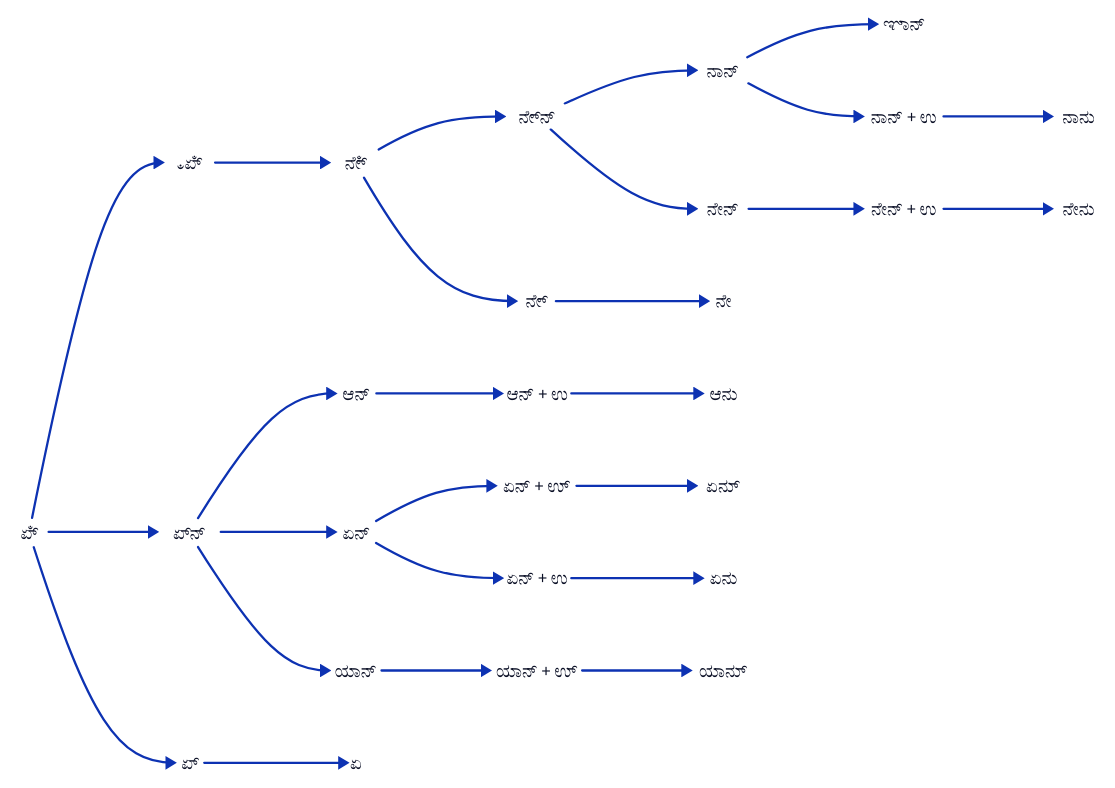
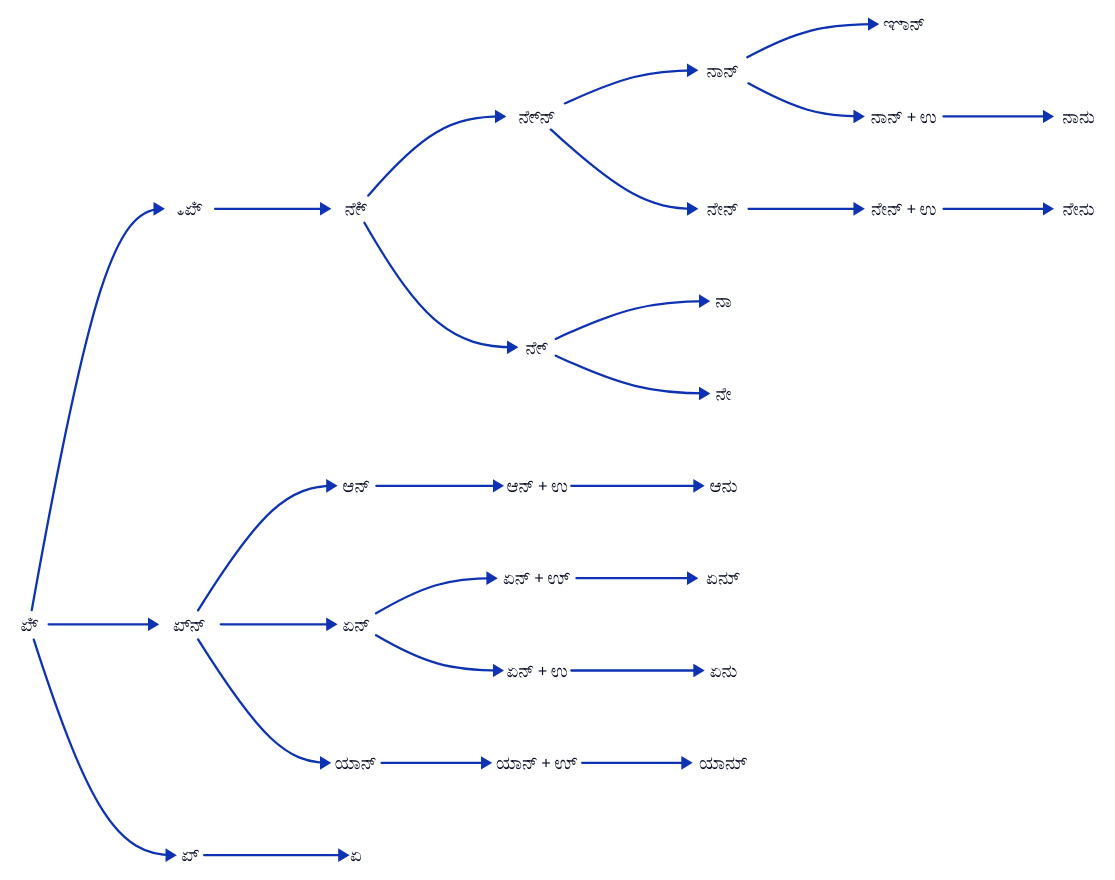
The diagram in images/d2/ಉತ್ತಮಪುರುಷ.d2 (amshuman-kr/kannadada-bhakti), drawn with D2 before and after one commit. The commit also changed 5 other files, not shown here.

```diff
--- a/images/d2/ಉತ್ತಮಪುರುಷ.d2
+++ b/images/d2/ಉತ್ತಮಪುರುಷ.d2
@@ -1,64 +1,66 @@
 # ! d2 ಉತ್ತಮಪುರುಷ.d2 ../png/ಉತ್ತಮಪುರುಷ.png
 
 direction: right
 
 classes: {
   text: {shape: text}
 }
 
 ಏ್ಁ: {class: text}
 ಀಏ್ಁ: {class: text}
 ನೇ್ಁ: {class: text}
 ನೇ್ಁ: {class: text}
 ನೇ್ನ್: {class: text}
 ನಾನ್: {class: text}
 ಞಾನ್: {class: text}
 ನಾನ್ + ಉ: {class: text}
 ನಾನು: {class: text}
 ನೇನ್: {class: text}
 ನೇನ್ + ಉ: {class: text}
 ನೇನು: {class: text}
 ನೇ್: {class: text}
+ನಾ: {class: text}
 ನೇ: {class: text}
 ಏ್‍ನ್: {class: text}
 ಆನ್: {class: text}
 ಆನ್ + ಉ: {class: text}
 ಆನು: {class: text}
 ಏನ್: {class: text}
 ಏನ್ + ಉ್: {class: text}
 ಏನು್: {class: text}
 ಏನ್ + ಉ: {class: text}
 ಏನು: {class: text}
 ಯಾನ್: {class: text}
 ಯಾನ್ + ಉ್: {class: text}
 ಯಾನು್: {class: text}
 ಏ್: {class: text}
 ಏ: {class: text}
 
 ಏ್ಁ -> ಀಏ್ಁ
 ಀಏ್ಁ -> ನೇ್ಁ
 ನೇ್ಁ -> ನೇ್ನ್
 ನೇ್ನ್ -> ನಾನ್
 ನಾನ್ -> ಞಾನ್
 ನಾನ್ -> ನಾನ್ + ಉ
 ನಾನ್ + ಉ -> ನಾನು
 ನೇ್ನ್ -> ನೇನ್
 ನೇನ್ -> ನೇನ್ + ಉ
 ನೇನ್ + ಉ -> ನೇನು
 ನೇ್ಁ -> ನೇ್
+ನೇ್ -> ನಾ
 ನೇ್ -> ನೇ
 
 ಏ್ಁ -> ಏ್‍ನ್
 ಏ್‍ನ್ -> ಆನ್
 ಆನ್ -> ಆನ್ + ಉ
 ಆನ್ + ಉ -> ಆನು
 ಏ್‍ನ್ -> ಏನ್
 ಏನ್ -> ಏನ್ + ಉ್
 ಏನ್ + ಉ್ -> ಏನು್
 ಏನ್ -> ಏನ್ + ಉ
 ಏನ್ + ಉ -> ಏನು
 ಏ್‍ನ್ -> ಯಾನ್
 ಯಾನ್ -> ಯಾನ್ + ಉ್
 ಯಾನ್ + ಉ್ -> ಯಾನು್
 ಏ್ಁ -> ಏ್
 ಏ್ -> ಏ
```
